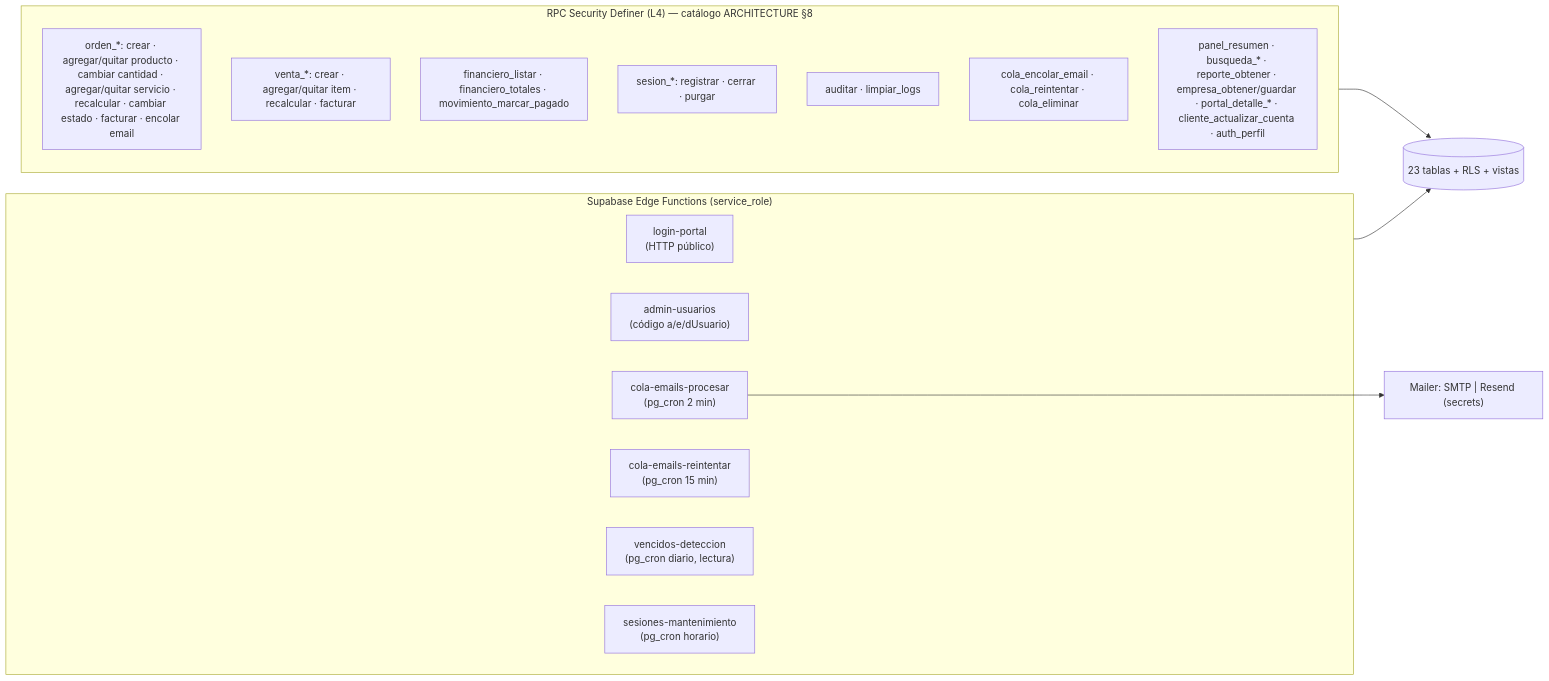
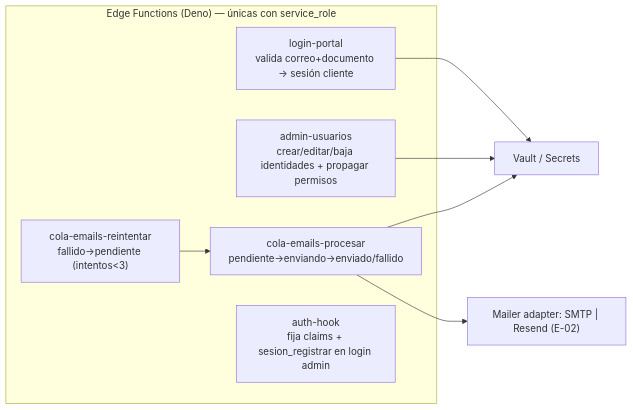
Before and after one commit to SantillanMJoseM/PoryectoTaller: the fourth of 7 diagrams in docs/architecture/COMPONENT_DIAGRAM.md, drawn with Mermaid. The commit also changed other lines of this file and 5 other files, not shown here.

````diff
--- a/docs/architecture/COMPONENT_DIAGRAM.md
+++ b/docs/architecture/COMPONENT_DIAGRAM.md
@@ -158,25 +203,17 @@
 ```mermaid
 graph LR
-  subgraph EDGE["Supabase Edge Functions (service_role)"]
-    LP["login-portal<br/>(HTTP público)"]
-    AU["admin-usuarios<br/>(código a/e/dUsuario)"]
-    CP["cola-emails-procesar<br/>(pg_cron 2 min)"]
-    CR["cola-emails-reintentar<br/>(pg_cron 15 min)"]
-    VE["vencidos-deteccion<br/>(pg_cron diario, lectura)"]
-    SM["sesiones-mantenimiento<br/>(pg_cron horario)"]
+  subgraph EF["Edge Functions (Deno) — únicas con service_role"]
+    E1["login-portal<br/>valida correo+documento → sesión cliente"]
+    E2["admin-usuarios<br/>crear/editar/baja identidades + propagar permisos"]
+    E3["cola-emails-procesar<br/>pendiente→enviando→enviado/fallido"]
+    E4["cola-emails-reintentar<br/>fallido→pendiente (intentos<3)"]
+    E5["auth-hook<br/>fija claims + sesion_registrar en login admin"]
   end
-  subgraph RPC["RPC Security Definer (L4) — catálogo ARCHITECTURE §8"]
-    O["orden_*: crear · agregar/quitar producto · cambiar cantidad · agregar/quitar servicio · recalcular · cambiar estado · facturar · encolar email"]
-    V["venta_*: crear · agregar/quitar item · recalcular · facturar"]
-    F["financiero_listar · financiero_totales · movimiento_marcar_pagado"]
-    S["sesion_*: registrar · cerrar · purgar"]
-    A["auditar · limpiar_logs"]
-    CO["cola_encolar_email · cola_reintentar · cola_eliminar"]
-    P["panel_resumen · busqueda_* · reporte_obtener · empresa_obtener/guardar · portal_detalle_* · cliente_actualizar_cuenta · auth_perfil"]
-  end
-  SMTP["Mailer: SMTP | Resend (secrets)"]
-  DB[("23 tablas + RLS + vistas")]
-  RPC --> DB
-  EDGE --> DB
-  CP --> SMTP
+  S1["Mailer adapter: SMTP | Resend (E-02)"]
+  V1["Vault / Secrets"]
+  E1 --> V1
+  E2 --> V1
+  E3 --> S1
+  E4 --> E3
+  E3 --> V1
 ```
````
